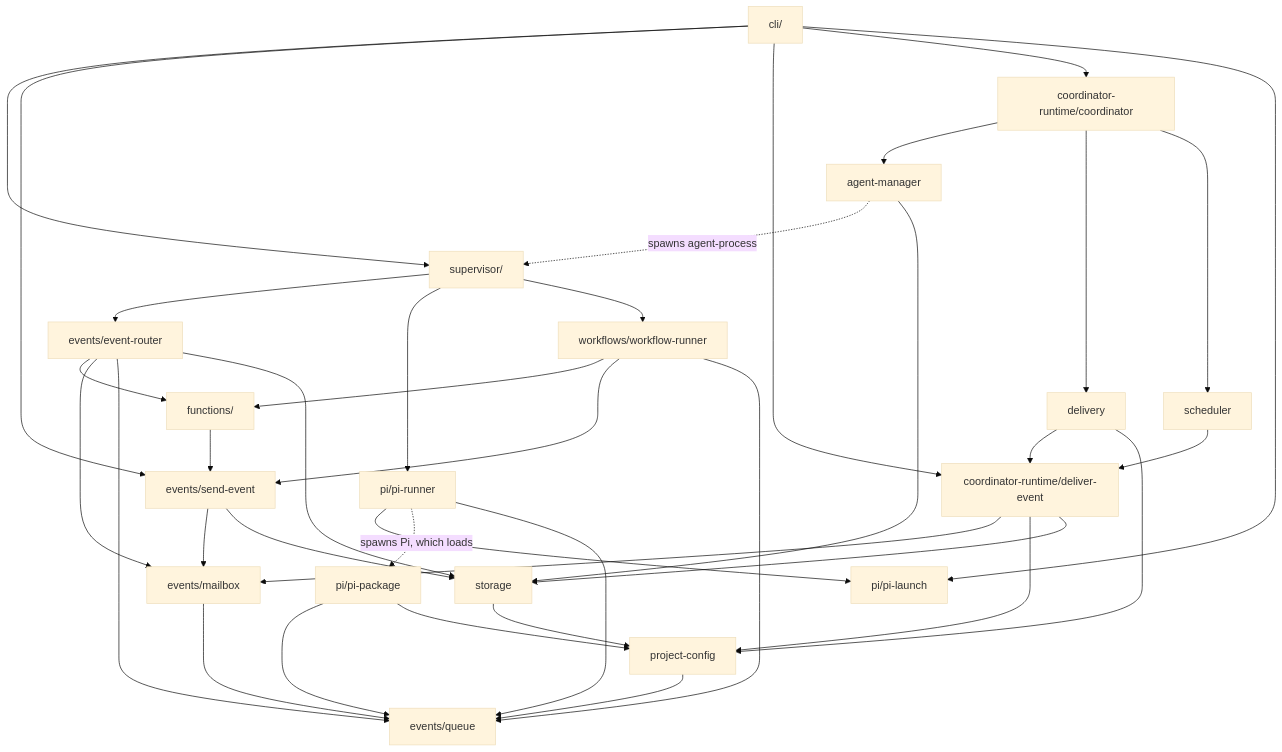
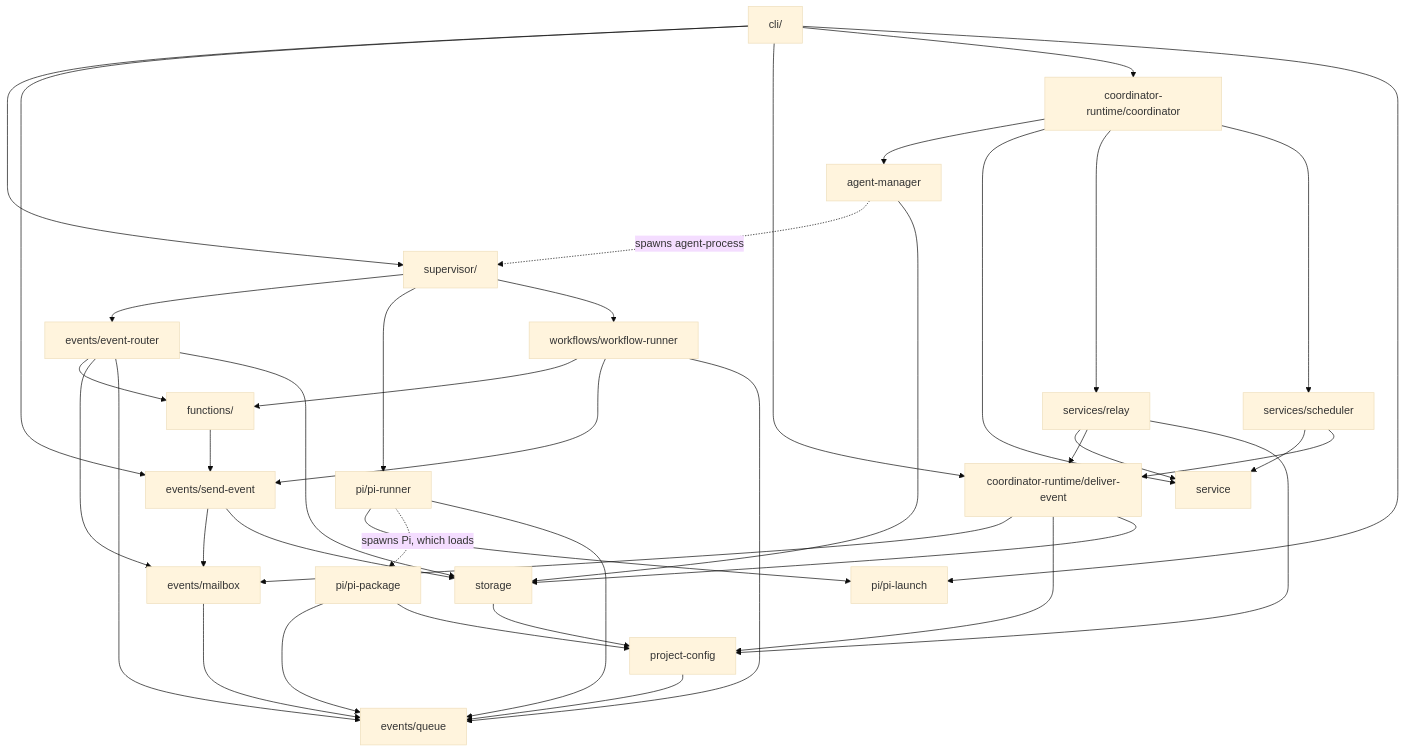
The diagram in docs/high_level_design.md (cognisphere-sh/agent-x), drawn with Mermaid (base theme) before and after one commit. The commit also changed other lines of this file and 45 other files, not shown here.

````diff
--- a/docs/high_level_design.md
+++ b/docs/high_level_design.md
@@ -41,19 +42,20 @@
 ```mermaid
 flowchart TD
   CLI["cli/"] --> SUP["supervisor/"] & SEND["events/send-event"] & DELIV["coordinator-runtime/deliver-event"] & COORD["coordinator-runtime/coordinator"] & LAUNCH["pi/pi-launch"]
-  COORD --> MGR["agent-manager"] & DELY["delivery"] & SCHED["scheduler"]
+  COORD --> MGR["agent-manager"] & SVC["service"] & DELY["services/relay"] & SCHED["services/scheduler"]
+  DELY & SCHED --> SVC
   DELY & SCHED --> DELIV
   MGR -. "spawns agent-process" .-> SUP
   SUP --> ER["events/event-router"] & PR["pi/pi-runner"] & WR["workflows/workflow-runner"]
   ER & WR --> FN["functions/"]
   FN --> SEND
   WR --> SEND
   PR --> LAUNCH
   PR -. "spawns Pi, which loads" .-> PKG["pi/pi-package"]
   ER & DELIV & SEND --> MB["events/mailbox"]
   ER & WR & PR & PKG & MB --> Q["events/queue"]
   PKG --> PC["project-config"]
   DELIV & DELY --> PC
   ER & SEND & DELIV & MGR --> ST["storage"]
   ST --> PC --> Q
 ```
````
